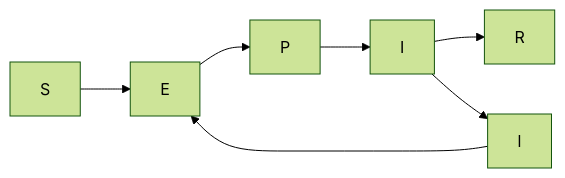
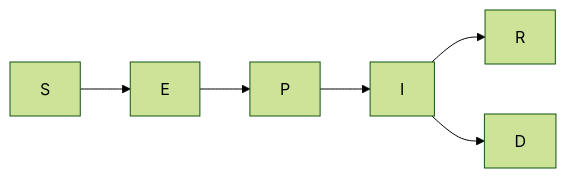
Before and after one commit to RANDCorporation/value-of-env-surveillance: the diagram in paper/model-documentation.qmd, drawn with Mermaid (forest theme). The commit also changed other lines of this file, not shown here.

````diff
--- a/paper/model-documentation.qmd
+++ b/paper/model-documentation.qmd
@@ -79,9 +83,9 @@
 ```{mermaid}
 %%| label: fig-model-diagram
 %%| fig-cap: Model diagram
 %%| fig-width: 6.5
 %%| fig-align: center
 flowchart LR
   S --> E --> P --> I --> R
-  I --> l --> E
+  I --> D
 ```
````
